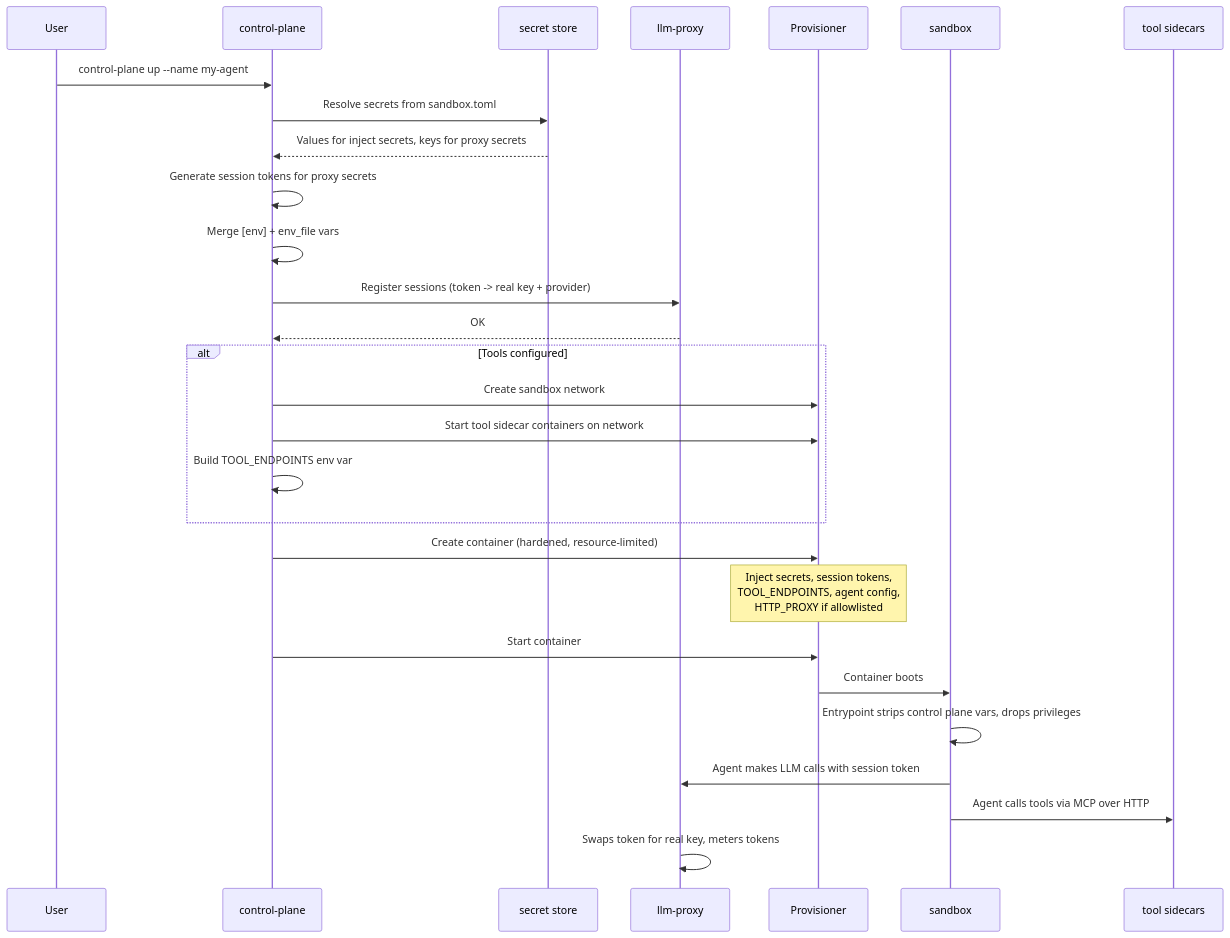
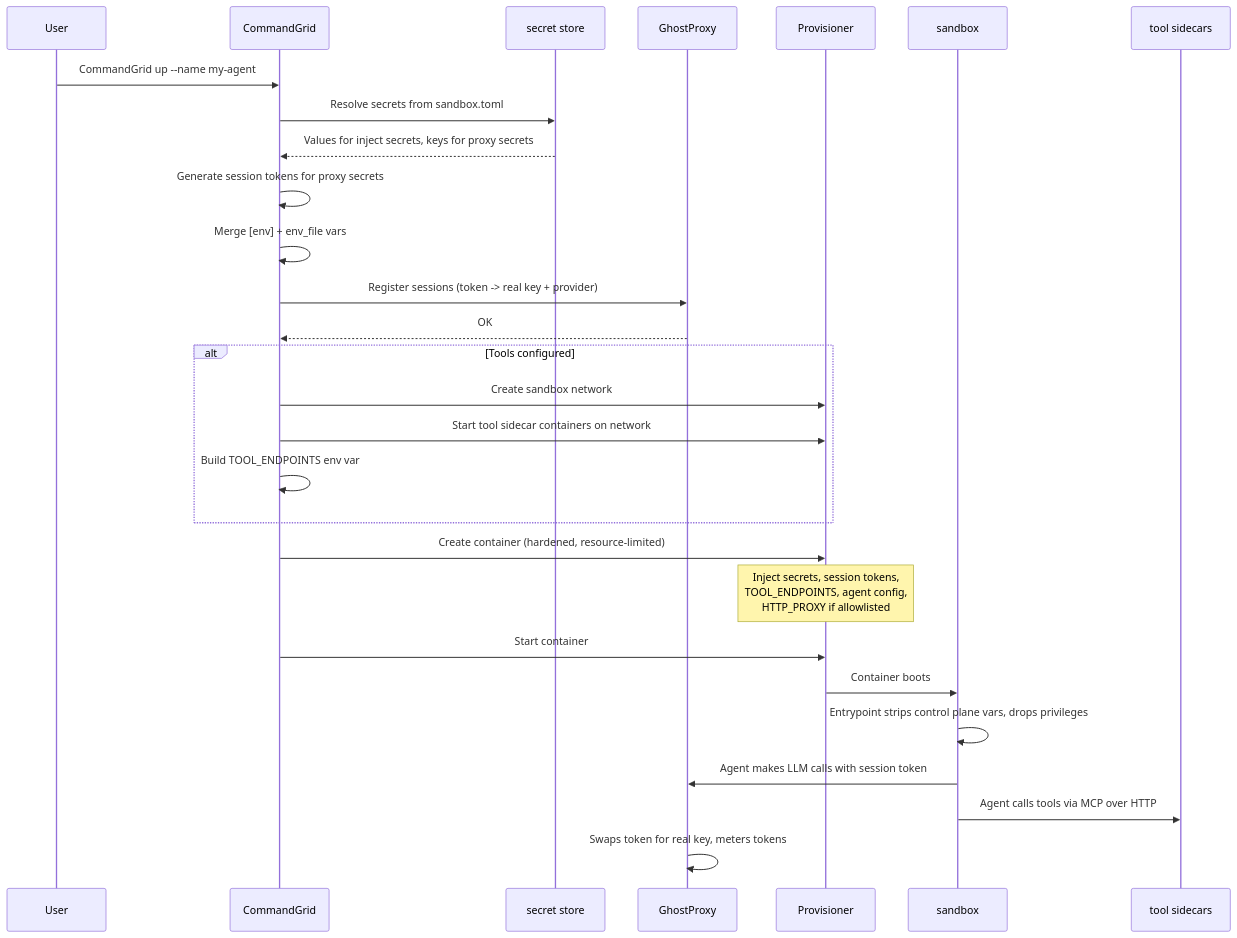
The second of 4 diagrams in README.md (Travbz/control-plane), drawn with Mermaid before and after one commit. The commit also changed other lines of this file and 6 other files, not shown here.

````diff
--- a/README.md
+++ b/README.md
@@ -140,35 +140,35 @@
 ```mermaid
 sequenceDiagram
     participant User
-    participant CP as control-plane
+    participant CP as CommandGrid
     participant Store as secret store
-    participant Proxy as llm-proxy
+    participant Proxy as GhostProxy
     participant Docker as Provisioner
     participant Sandbox as sandbox
     participant Tools as tool sidecars
 
-    User->>CP: control-plane up --name my-agent
+    User->>CP: CommandGrid up --name my-agent
     CP->>Store: Resolve secrets from sandbox.toml
     Store-->>CP: Values for inject secrets, keys for proxy secrets
 
     CP->>CP: Generate session tokens for proxy secrets
     CP->>CP: Merge [env] + env_file vars
     CP->>Proxy: Register sessions (token -> real key + provider)
     Proxy-->>CP: OK
 
     alt Tools configured
         CP->>Docker: Create sandbox network
         CP->>Docker: Start tool sidecar containers on network
         CP->>CP: Build TOOL_ENDPOINTS env var
     end
 
     CP->>Docker: Create container (hardened, resource-limited)
     Note over Docker: Inject secrets, session tokens,<br/>TOOL_ENDPOINTS, agent config,<br/>HTTP_PROXY if allowlisted
 
     CP->>Docker: Start container
     Docker->>Sandbox: Container boots
     Sandbox->>Sandbox: Entrypoint strips control plane vars, drops privileges
     Sandbox->>Proxy: Agent makes LLM calls with session token
     Sandbox->>Tools: Agent calls tools via MCP over HTTP
     Proxy->>Proxy: Swaps token for real key, meters tokens
 ```
````
